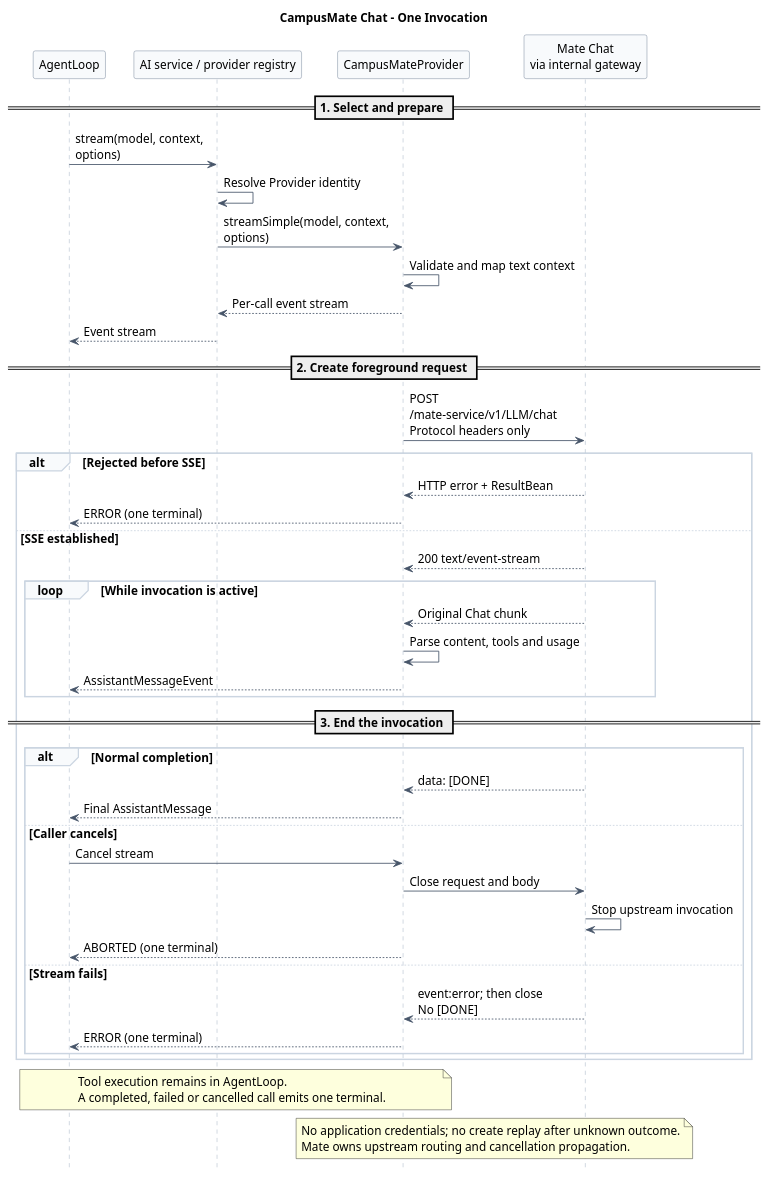
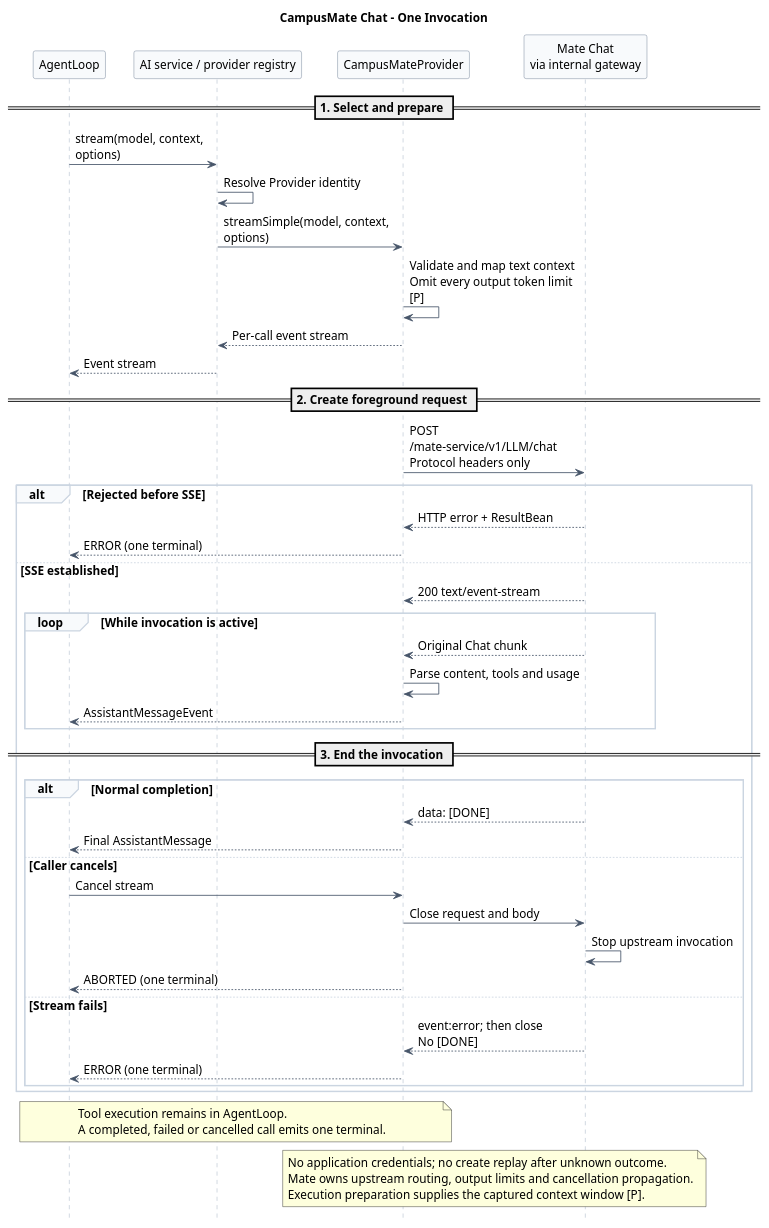
One commit to ssm0808/pi-mono-java-design changed the second of 3 diagrams in 02-服务与接口/03-Model/diagram.puml. Above: the diagram before and after it, drawn with PlantUML. The commit also changed other lines of this file and 20 other files, not shown here.

```diff
--- a/02-服务与接口/03-Model/diagram.puml
+++ b/02-服务与接口/03-Model/diagram.puml
@@ -163,81 +168,82 @@
 @startuml chat-sequence
 ' Source evidence:
 ' pi-mono packages/ai/src/api/openai-completions.ts: stream, convertMessages, tool calls, and usage parsing
 ' pi-mono packages/agent/src/agent-loop.ts: runLoop and streamAssistantResponse
 ' pi-mono packages/coding-agent/src/core/compaction/compaction.ts: completeSummarization with toolChoice none
 ' Baseline: pi-mono-java 21c3f59be033e7bdd5506a2d9d48baa2581bc3c7
 ' pi-mono-java modules/ai/src/main/java/com/campusclaw/ai/provider/mate/CampusMateProvider.java: streamSimple, eventFlux, cancel
 ' pi-mono-java modules/ai/src/main/java/com/campusclaw/ai/provider/mate/MateChatSseParser.java: accept, parseUsage, abort
 ' Observed behavior: CampusMateProvider is the current implementation name.
 ' pi-mono-java modules/agent-core/src/main/java/com/campusclaw/agent/loop/AgentLoop.java: invokeModel and consumeStream
 ' mate-service src/main/java/com/huawei/hicampus/mate/agentdefinition/modelmanager/controller/LlmChatController.java:35-55
 ' Observed behavior: POST /mate-service/v1/LLM/chat exists in the analyzed mate-service baseline.
 ' Product constraint: cancellation closes the foreground request and has no separate cancel operation.
 ' Architecture change: successful Chat SSE is returned without ResultBean or payload rewriting.
 
 skinparam backgroundColor white
 skinparam shadowing false
 skinparam defaultFontName Arial
 skinparam defaultFontSize 14
 skinparam ArrowColor #475569
 title CampusMate Chat - One Invocation
 hide footbox
 skinparam maxMessageSize 210
 skinparam sequenceMessageAlign left
 skinparam sequence {
   ParticipantBackgroundColor #F8FAFC
   ParticipantBorderColor #64748B
   LifeLineBorderColor #94A3B8
   GroupBorderColor #CBD5E1
   GroupBackgroundColor #F8FAFC
 }
 participant AgentLoop as Loop
 participant "AI service / provider registry" as AI
 participant CampusMateProvider as Provider
 participant "Mate Chat\nvia internal gateway" as Mate
 
 == 1. Select and prepare ==
 Loop -> AI : stream(model, context, options)
 AI -> AI : Resolve Provider identity
 AI -> Provider : streamSimple(model, context, options)
-Provider -> Provider : Validate and map text context
+Provider -> Provider : Validate and map text context\nOmit every output token limit [P]
 Provider --> AI : Per-call event stream
 AI --> Loop : Event stream
 
 == 2. Create foreground request ==
 Provider -> Mate : POST /mate-service/v1/LLM/chat\nProtocol headers only
 alt Rejected before SSE
   Mate --> Provider : HTTP error + ResultBean
   Provider --> Loop : ERROR (one terminal)
 else SSE established
   Mate --> Provider : 200 text/event-stream
   loop While invocation is active
     Mate --> Provider : Original Chat chunk
     Provider -> Provider : Parse content, tools and usage
     Provider --> Loop : AssistantMessageEvent
   end
 
   == 3. End the invocation ==
   alt Normal completion
     Mate --> Provider : data: [DONE]
     Provider --> Loop : Final AssistantMessage
   else Caller cancels
     Loop -> Provider : Cancel stream
     Provider -> Mate : Close request and body
     Mate -> Mate : Stop upstream invocation
     Provider --> Loop : ABORTED (one terminal)
   else Stream fails
     Mate --> Provider : event:error; then close\nNo [DONE]
     Provider --> Loop : ERROR (one terminal)
   end
 end
 
 note over Loop,Provider
 Tool execution remains in AgentLoop.
 A completed, failed or cancelled call emits one terminal.
 end note
 note over Provider,Mate
 No application credentials; no create replay after unknown outcome.
-Mate owns upstream routing and cancellation propagation.
+Mate owns upstream routing, output limits and cancellation propagation.
+Execution preparation supplies the captured context window [P].
 end note
 @enduml
```
